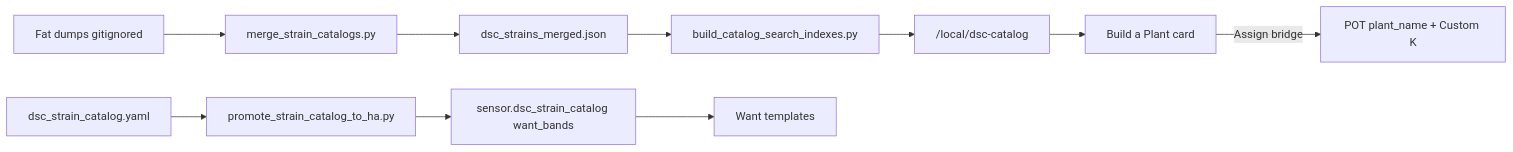
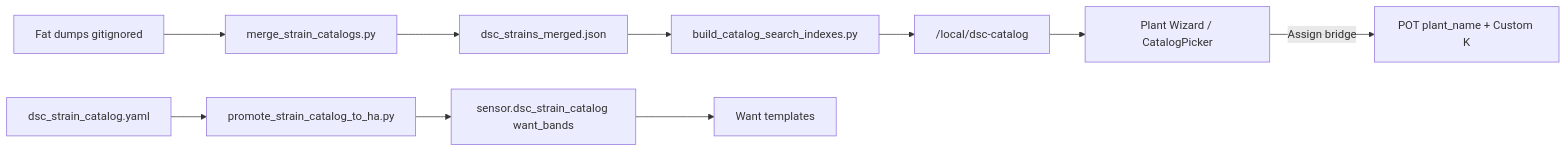
The diagram in docs/qa/BUILD-A-PLANT-DATA-PIPELINE.md (weddas/DSC-HUB), drawn with Mermaid before and after one commit. The commit also changed other lines of this file and 20 other files, not shown here.

First line of the commit message:
docs: Plant Wizard, tent light clocks, spa-dist sync (tip 432d205)

````diff
--- a/docs/qa/BUILD-A-PLANT-DATA-PIPELINE.md
+++ b/docs/qa/BUILD-A-PLANT-DATA-PIPELINE.md
@@ -3,12 +5,12 @@
 ```mermaid
 flowchart LR
   dumps["Fat dumps gitignored"] --> merge["merge_strain_catalogs.py"]
   merge --> merged["dsc_strains_merged.json"]
   merged --> idx["build_catalog_search_indexes.py"]
   idx --> www["/local/dsc-catalog"]
-  www --> card["Build a Plant card"]
+  www --> card["Plant Wizard / CatalogPicker"]
   curated["dsc_strain_catalog.yaml"] --> promote["promote_strain_catalog_to_ha.py"]
   promote --> ha["sensor.dsc_strain_catalog want_bands"]
   ha --> want["Want templates"]
   card -->|"Assign bridge"| seat["POT plant_name + Custom K"]
 ```
````
